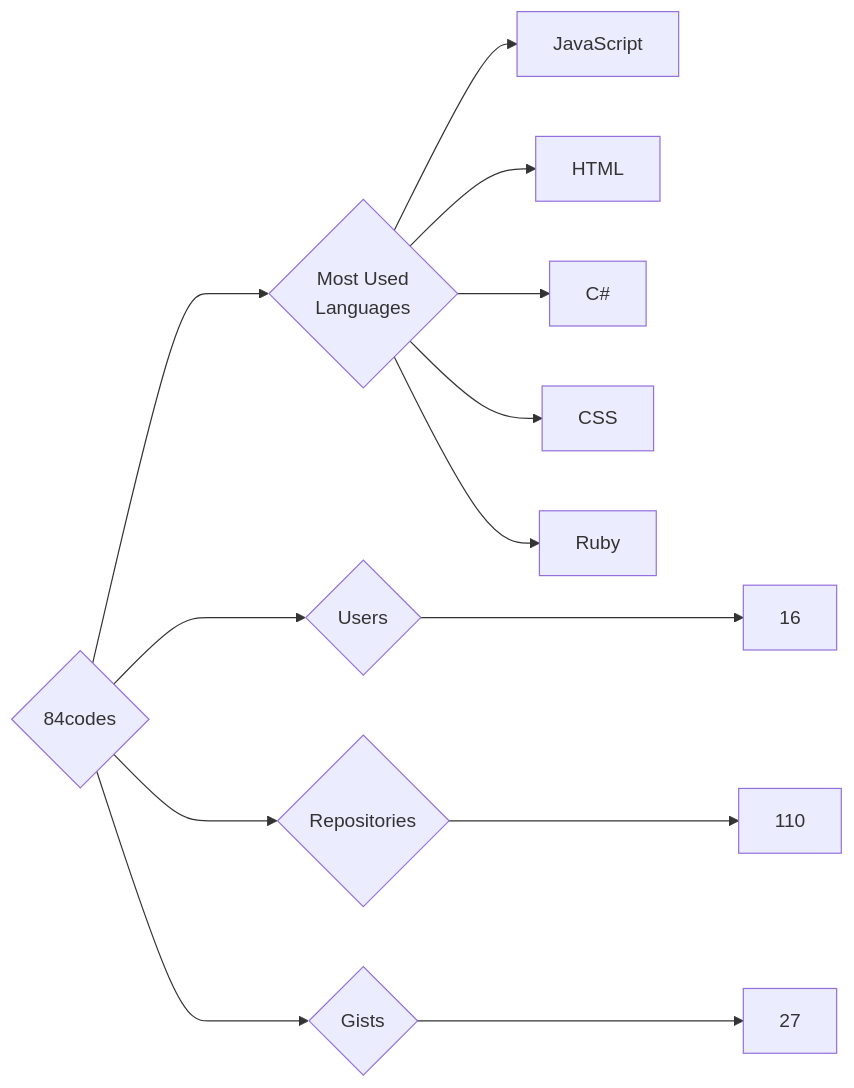
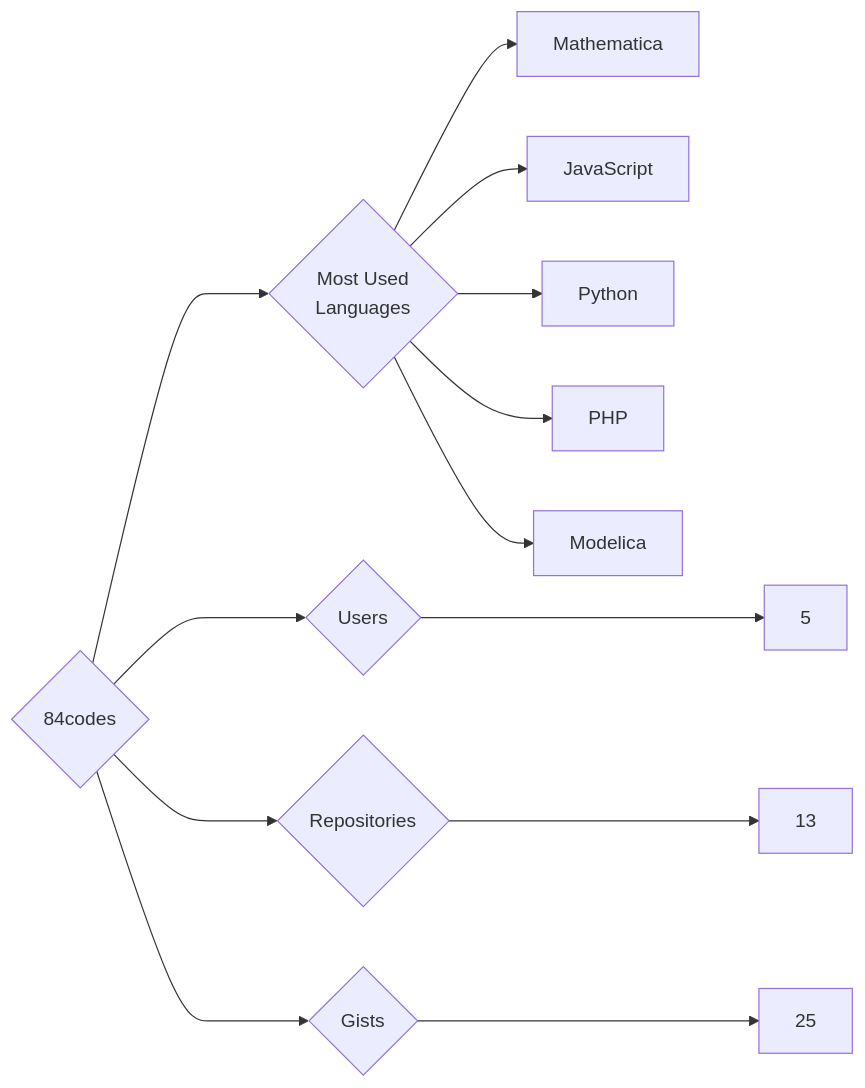
Before and after one commit to trickest/insiders: the diagram in targets/84codes/README.md, drawn with Mermaid. The commit also changed 942 other files, not shown here.

````diff
--- a/targets/84codes/README.md
+++ b/targets/84codes/README.md
@@ -3,13 +3,13 @@
 ```mermaid
 graph LR
 COMPANY_NAME{84codes}
-COMPANY_NAME ---> U{Users} ---> UN[16]
-COMPANY_NAME ---> R{Repositories} ---> RN[110]
-COMPANY_NAME ---> G{Gists} ---> GN[27]
+COMPANY_NAME ---> U{Users} ---> UN[5]
+COMPANY_NAME ---> R{Repositories} ---> RN[13]
+COMPANY_NAME ---> G{Gists} ---> GN[25]
 COMPANY_NAME ---> ML{Most Used<br>Languages}
+ML --> Mathematica[Mathematica]
 ML --> JavaScript[JavaScript]
-ML --> HTML[HTML]
-ML --> C#[C#]
-ML --> CSS[CSS]
-ML --> Ruby[Ruby]
+ML --> Python[Python]
+ML --> PHP[PHP]
+ML --> Modelica[Modelica]
 ```
````
